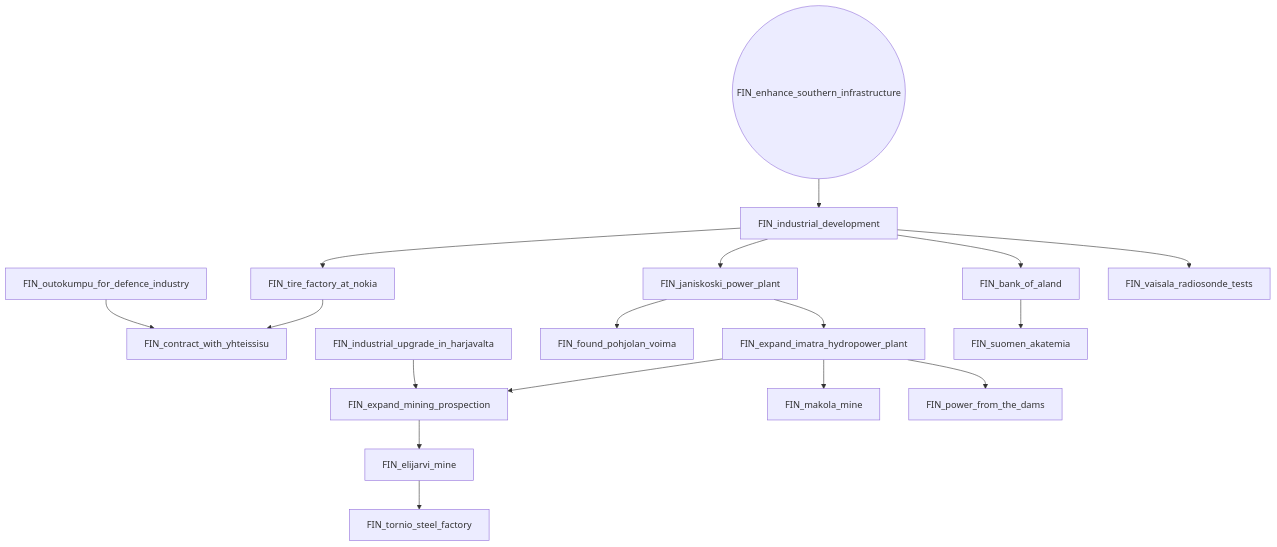
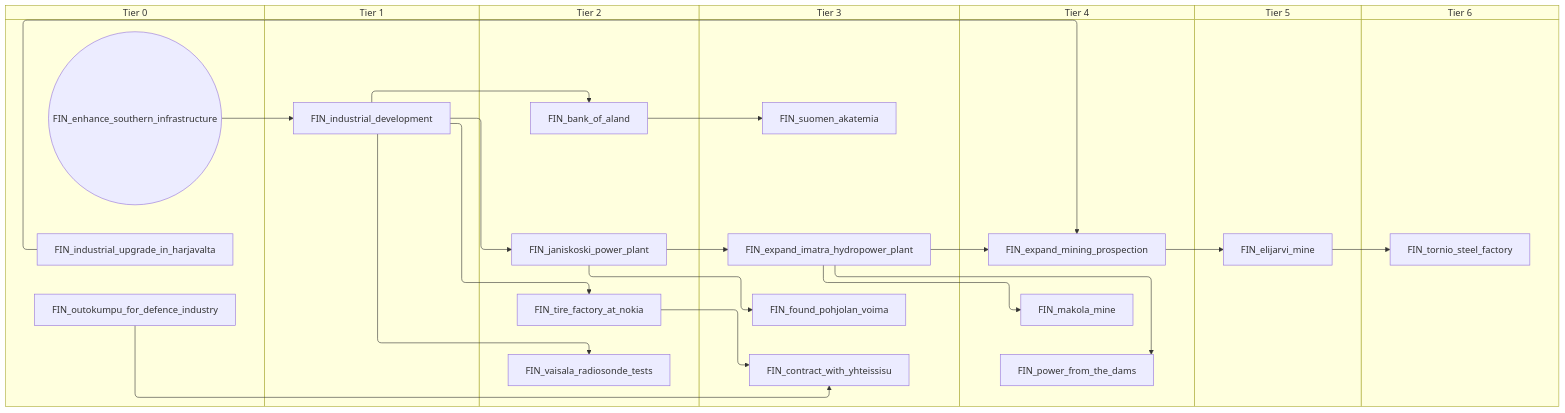
The first of 5 diagrams in docs/gdd/National Focuses/finland.md (evgeny-sobol/hoi4-sandbox-mode), drawn with Mermaid before and after one commit. The commit also changed other lines of this file and 80 other files, not shown here.

First line of the commit message:
Add swimlane mode to focus graph exporter

````diff
--- a/docs/gdd/National Focuses/finland.md
+++ b/docs/gdd/National Focuses/finland.md
@@ -3,36 +3,50 @@
 ```mermaid
-flowchart TD
-    n1["FIN_bank_of_aland"]
-    n2["FIN_contract_with_yhteissisu"]
-    n3["FIN_elijarvi_mine"]
-    n4(("FIN_enhance_southern_infrastructure"))
-    n5["FIN_expand_imatra_hydropower_plant"]
-    n6["FIN_expand_mining_prospection"]
-    n7["FIN_found_pohjolan_voima"]
-    n8["FIN_industrial_development"]
-    n9["FIN_industrial_upgrade_in_harjavalta"]
-    n10["FIN_janiskoski_power_plant"]
-    n11["FIN_makola_mine"]
-    n12["FIN_outokumpu_for_defence_industry"]
-    n13["FIN_power_from_the_dams"]
-    n14["FIN_suomen_akatemia"]
-    n15["FIN_tire_factory_at_nokia"]
-    n16["FIN_tornio_steel_factory"]
-    n17["FIN_vaisala_radiosonde_tests"]
-    n8 --> n1
-    n15 --> n2
-    n12 --> n2
-    n6 --> n3
-    n10 --> n5
-    n5 --> n6
-    n9 --> n6
-    n10 --> n7
+swimlane-beta TD
+    subgraph tier_0["Tier 0"]
+        n1(("FIN_enhance_southern_infrastructure"))
+        n2["FIN_industrial_upgrade_in_harjavalta"]
+        n3["FIN_outokumpu_for_defence_industry"]
+    end
+    subgraph tier_1["Tier 1"]
+        n4["FIN_industrial_development"]
+    end
+    subgraph tier_2["Tier 2"]
+        n5["FIN_bank_of_aland"]
+        n6["FIN_janiskoski_power_plant"]
+        n7["FIN_tire_factory_at_nokia"]
+        n8["FIN_vaisala_radiosonde_tests"]
+    end
+    subgraph tier_3["Tier 3"]
+        n9["FIN_contract_with_yhteissisu"]
+        n10["FIN_expand_imatra_hydropower_plant"]
+        n11["FIN_found_pohjolan_voima"]
+        n12["FIN_suomen_akatemia"]
+    end
+    subgraph tier_4["Tier 4"]
+        n13["FIN_expand_mining_prospection"]
+        n14["FIN_makola_mine"]
+        n15["FIN_power_from_the_dams"]
+    end
+    subgraph tier_5["Tier 5"]
+        n16["FIN_elijarvi_mine"]
+    end
+    subgraph tier_6["Tier 6"]
+        n17["FIN_tornio_steel_factory"]
+    end
+    n4 --> n5
+    n7 --> n9
+    n3 --> n9
+    n13 --> n16
+    n6 --> n10
+    n10 --> n13
+    n2 --> n13
+    n6 --> n11
+    n1 --> n4
+    n4 --> n6
+    n10 --> n14
+    n10 --> n15
+    n5 --> n12
+    n4 --> n7
+    n16 --> n17
     n4 --> n8
-    n8 --> n10
-    n5 --> n11
-    n5 --> n13
-    n1 --> n14
-    n8 --> n15
-    n3 --> n16
-    n8 --> n17
 ```
````
